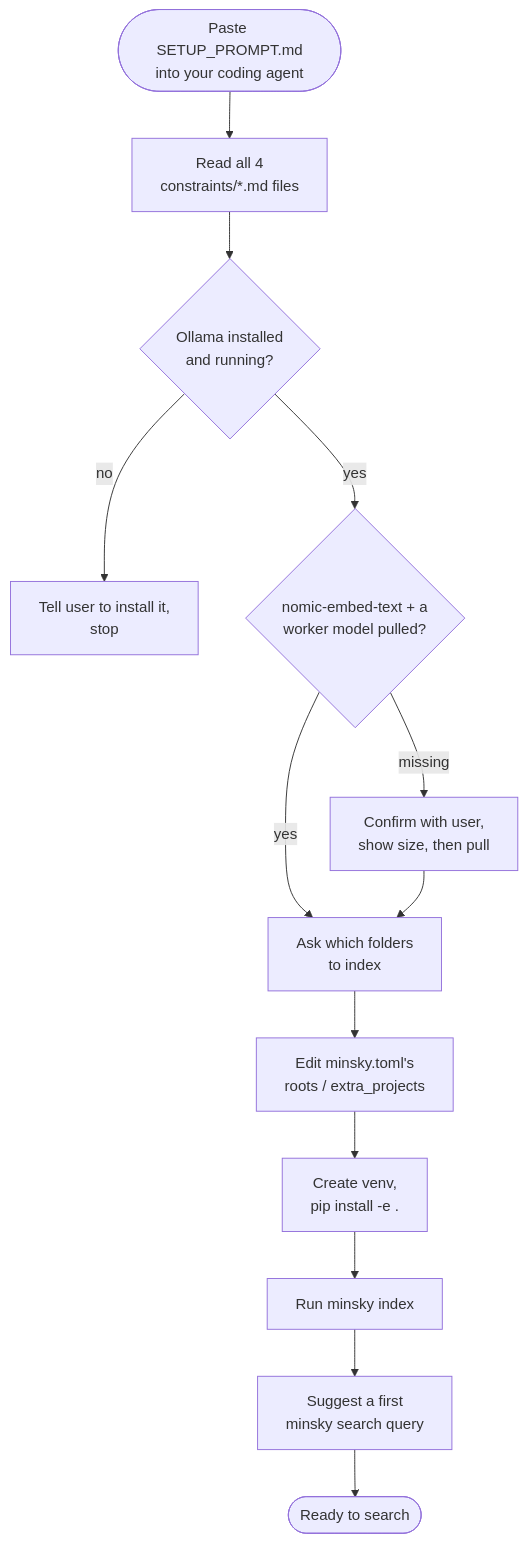
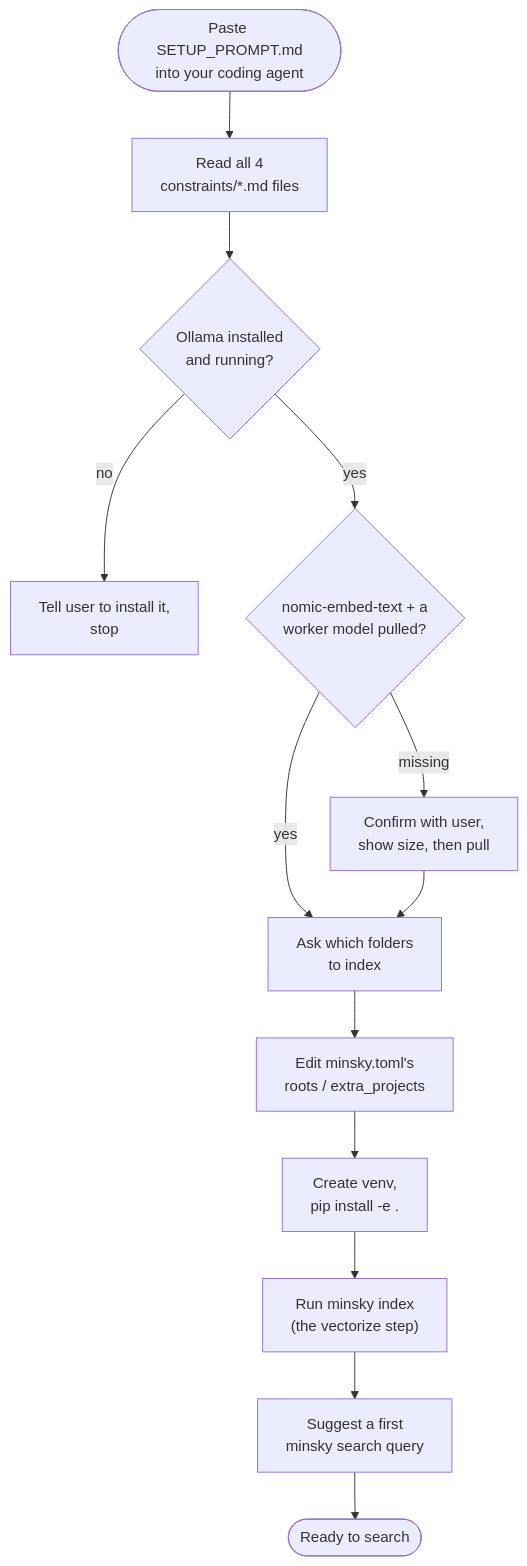
One commit to alexrodrigues/minsky_ai changed the third of 3 diagrams in README.md. Above: the diagram before and after it, drawn with Mermaid. The commit also changed other lines of this file, not shown here.

First line of the commit message:
Rework Setup as numbered steps, naming the workspace/vectorize gap

````diff
--- a/README.md
+++ b/README.md
@@ -106,15 +128,15 @@
 ```mermaid
 flowchart TD
     a(["Paste SETUP_PROMPT.md<br/>into your coding agent"]) --> b["Read all 4<br/>constraints/*.md files"]
     b --> c{Ollama installed<br/>and running?}
     c -->|no| c1["Tell user to install it,<br/>stop"]
     c -->|yes| d{nomic-embed-text + a<br/>worker model pulled?}
     d -->|missing| d1["Confirm with user,<br/>show size, then pull"]
     d -->|yes| e["Ask which folders<br/>to index"]
     d1 --> e
     e --> f["Edit minsky.toml's<br/>roots / extra_projects"]
     f --> g["Create venv,<br/>pip install -e ."]
-    g --> h["Run minsky index"]
+    g --> h["Run minsky index<br/>(the vectorize step)"]
     h --> i["Suggest a first<br/>minsky search query"]
     i --> j(["Ready to search"])
 ```
````
